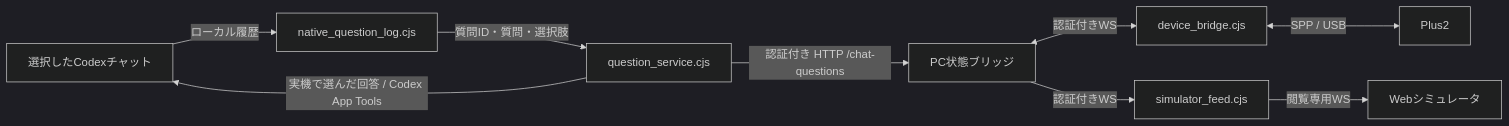
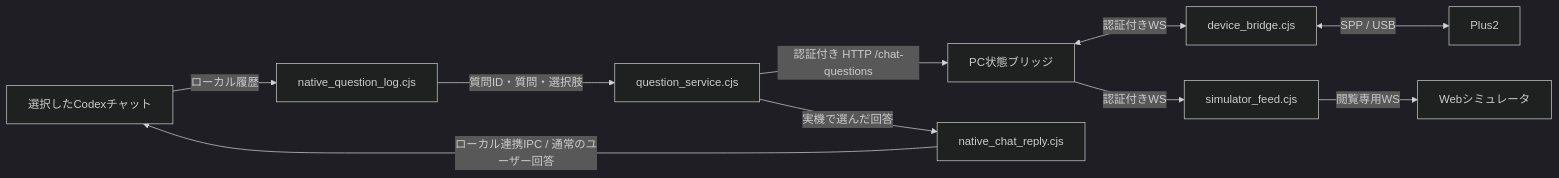
The second of 2 diagrams in docs/DEVICE_CONNECTION.md (ThousandsOfTies/GarVibeRemote-M5StickC), drawn with Mermaid (dark theme) before and after one commit. The commit also changed other lines of this file and 10 other files, not shown here.

Commit message:
fix: complete native chat cards after physical replies

````diff
--- a/docs/DEVICE_CONNECTION.md
+++ b/docs/DEVICE_CONNECTION.md
@@ -110,11 +111,12 @@
 ```mermaid
 flowchart LR
     Chat[選択したCodexチャット] -->|ローカル履歴| Log[native_question_log.cjs]
     Log -->|質問ID・質問・選択肢| Questions[question_service.cjs]
     Questions -->|認証付き HTTP /chat-questions| Status[PC状態ブリッジ]
     Status <-->|認証付きWS| Relay[device_bridge.cjs]
     Relay <-->|SPP / USB| Device[Plus2]
-    Questions -->|実機で選んだ回答 / Codex App Tools| Chat
+    Questions -->|実機で選んだ回答| Reply[native_chat_reply.cjs]
+    Reply -->|ローカル連携IPC / 通常のユーザー回答| Chat
     Status -->|認証付きWS| Feed[simulator_feed.cjs]
     Feed -->|閲覧専用WS| Simulator[Webシミュレータ]
 ```
````
